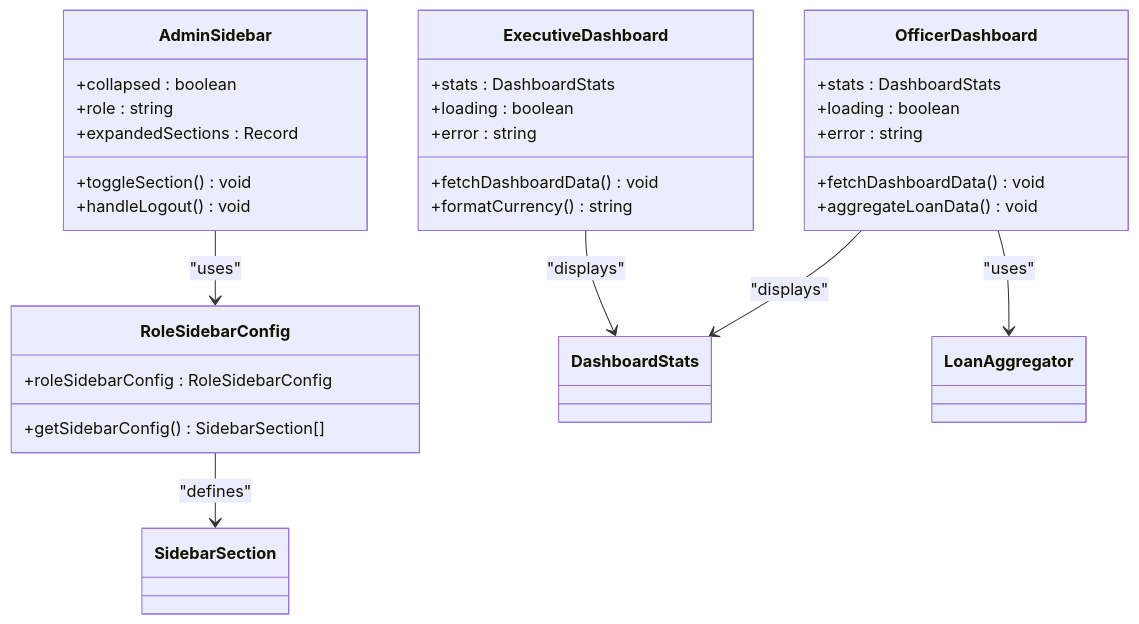
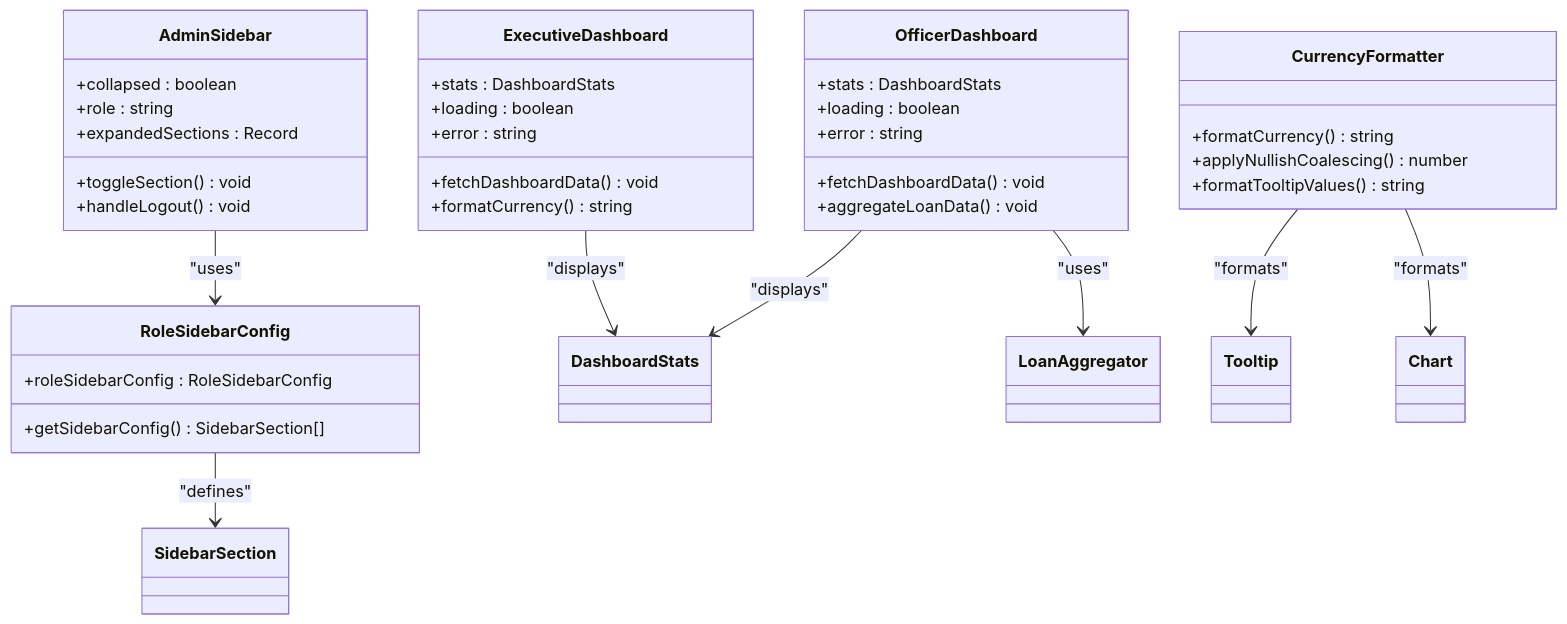
One commit to Unsure-bry/sampacoop_system changed the fifth of 15 diagrams in .qoder/repowiki/en/content/Dashboard System.md. Above: the diagram before and after it, drawn with Mermaid. The commit also changed other lines of this file and 3 other files, not shown here.

````diff
--- a/.qoder/repowiki/en/content/Dashboard System.md
+++ b/.qoder/repowiki/en/content/Dashboard System.md
@@ -268,33 +291,40 @@
 ```mermaid
 classDiagram
 class ExecutiveDashboard {
 +stats : DashboardStats
 +loading : boolean
 +error : string
 +fetchDashboardData() void
 +formatCurrency() string
 }
 class OfficerDashboard {
 +stats : DashboardStats
 +loading : boolean
 +error : string
 +fetchDashboardData() void
 +aggregateLoanData() void
 }
 class AdminSidebar {
 +collapsed : boolean
 +role : string
 +expandedSections : Record
 +toggleSection() void
 +handleLogout() void
 }
 class RoleSidebarConfig {
 +roleSidebarConfig : RoleSidebarConfig
 +getSidebarConfig() SidebarSection[]
 }
+class CurrencyFormatter {
++formatCurrency() string
++applyNullishCoalescing() number
++formatTooltipValues() string
+}
 ExecutiveDashboard --> DashboardStats : "displays"
 OfficerDashboard --> DashboardStats : "displays"
 OfficerDashboard --> LoanAggregator : "uses"
 AdminSidebar --> RoleSidebarConfig : "uses"
 RoleSidebarConfig --> SidebarSection : "defines"
+CurrencyFormatter --> Tooltip : "formats"
+CurrencyFormatter --> Chart : "formats"
 ```
````
